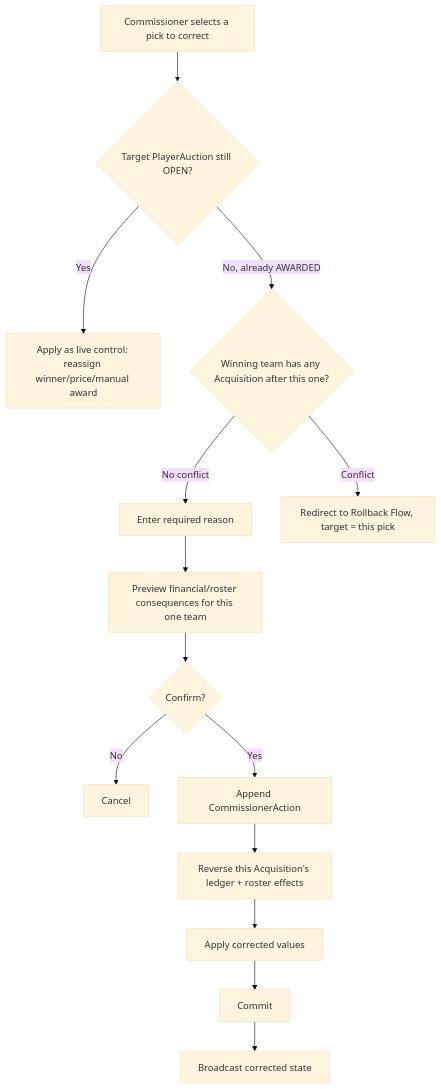
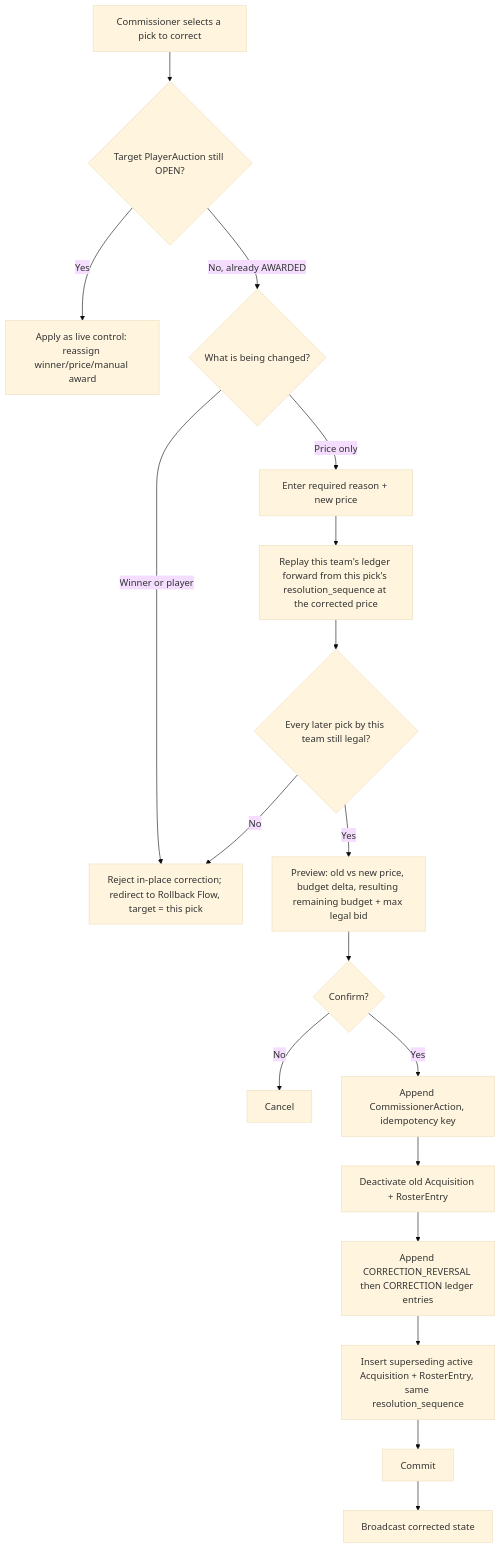
Before and after one commit to maccorless/Draft: diagram 13 of 21 in state-machine-flows.md, drawn with Mermaid (base theme). The commit also changed other lines of this file and 5 other files, not shown here.

Commit message:
Council review round 2: fix winner-correction bug, harden auth, crash recovery, and add missing UX flows

````diff
--- a/state-machine-flows.md
+++ b/state-machine-flows.md
@@ -409,18 +420,22 @@
 ```mermaid
 flowchart TD
     A[Commissioner selects a pick to correct] --> B{Target PlayerAuction still OPEN?}
     B -->|Yes| G[Apply as live control: reassign winner/price/manual award]
-    B -->|No, already AWARDED| C{Winning team has any Acquisition after this one?}
+    B -->|No, already AWARDED| C{What is being changed?}
 
-    C -->|No conflict| D[Enter required reason]
-    D --> E[Preview financial/roster consequences for this one team]
-    E --> F{Confirm?}
-    F -->|No| X[Cancel]
-    F -->|Yes| H[Append CommissionerAction]
-    H --> I[Reverse this Acquisition's ledger + roster effects]
-    I --> J[Apply corrected values]
+    C -->|Price only| D[Enter required reason + new price]
+    D --> E[Replay this team's ledger forward from this pick's resolution_sequence at the corrected price]
+    E --> F{Every later pick by this team still legal?}
+    F -->|No| M[Reject in-place correction; redirect to Rollback Flow, target = this pick]
+    F -->|Yes| E2[Preview: old vs new price, budget delta, resulting remaining budget + max legal bid]
+    E2 --> F2{Confirm?}
+    F2 -->|No| X[Cancel]
+    F2 -->|Yes| H[Append CommissionerAction, idempotency key]
+    H --> I[Deactivate old Acquisition + RosterEntry]
+    I --> I2[Append CORRECTION_REVERSAL then CORRECTION ledger entries]
+    I2 --> J[Insert superseding active Acquisition + RosterEntry, same resolution_sequence]
     J --> K[Commit]
     K --> L[Broadcast corrected state]
 
-    C -->|Conflict| M[Redirect to Rollback Flow, target = this pick]
+    C -->|Winner or player| M
 ```
````
